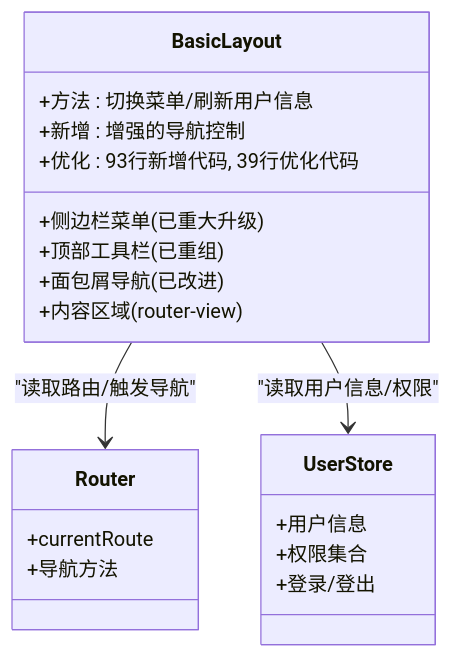
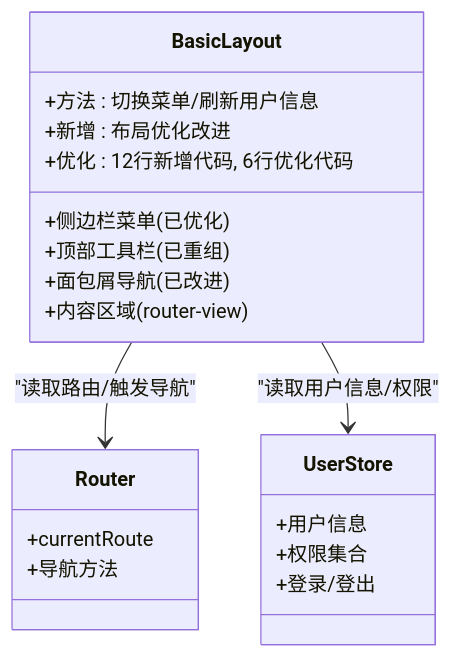
Before and after one commit to liming-lihaini/workflow: the fourth of 7 diagrams in .qoder/repowiki/zh/content/用户界面设计/管理后台架构.md, drawn with Mermaid. The commit also changed other lines of this file and 18 other files, not shown here.

````diff
--- a/.qoder/repowiki/zh/content/用户界面设计/管理后台架构.md
+++ b/.qoder/repowiki/zh/content/用户界面设计/管理后台架构.md
@@ -199,23 +192,23 @@
 ```mermaid
 classDiagram
 class BasicLayout {
-+侧边栏菜单(已重大升级)
++侧边栏菜单(已优化)
 +顶部工具栏(已重组)
 +面包屑导航(已改进)
 +内容区域(router-view)
 +方法 : 切换菜单/刷新用户信息
-+新增 : 增强的导航控制
-+优化 : 93行新增代码, 39行优化代码
++新增 : 布局优化改进
++优化 : 12行新增代码, 6行优化代码
 }
 class Router {
 +currentRoute
 +导航方法
 }
 class UserStore {
 +用户信息
 +权限集合
 +登录/登出
 }
 BasicLayout --> Router : "读取路由/触发导航"
 BasicLayout --> UserStore : "读取用户信息/权限"
 ```
````
